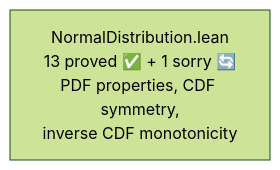
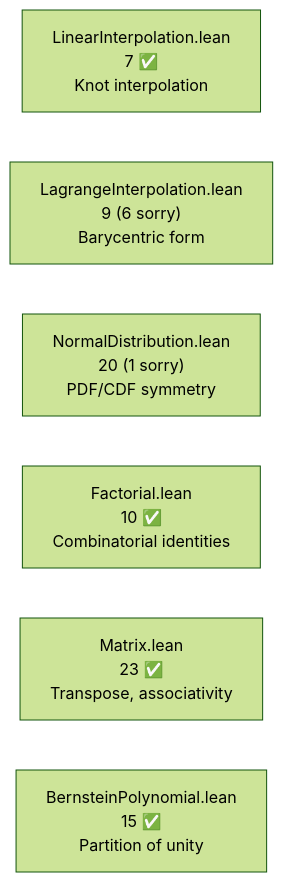
Before and after one commit to dsyme/QuantLib: the fourth of 8 diagrams in formal-verification/REPORT.md, drawn with Mermaid (forest theme). The commit also changed other lines of this file and 1 other file, not shown here.

````diff
--- a/formal-verification/REPORT.md
+++ b/formal-verification/REPORT.md
@@ -113,4 +104,9 @@
 ```mermaid
 graph LR
-    F5["NormalDistribution.lean<br/>13 proved ✅ + 1 sorry 🔄<br/>PDF properties, CDF symmetry,<br/>inverse CDF monotonicity"]
+    F1["LinearInterpolation.lean<br/>7 ✅<br/>Knot interpolation"]
+    F2["LagrangeInterpolation.lean<br/>9 (6 sorry)<br/>Barycentric form"]
+    F3["NormalDistribution.lean<br/>20 (1 sorry)<br/>PDF/CDF symmetry"]
+    F4["Factorial.lean<br/>10 ✅<br/>Combinatorial identities"]
+    F5["Matrix.lean<br/>23 ✅<br/>Transpose, associativity"]
+    F6["BernsteinPolynomial.lean<br/>15 ✅<br/>Partition of unity"]
 ```
````
